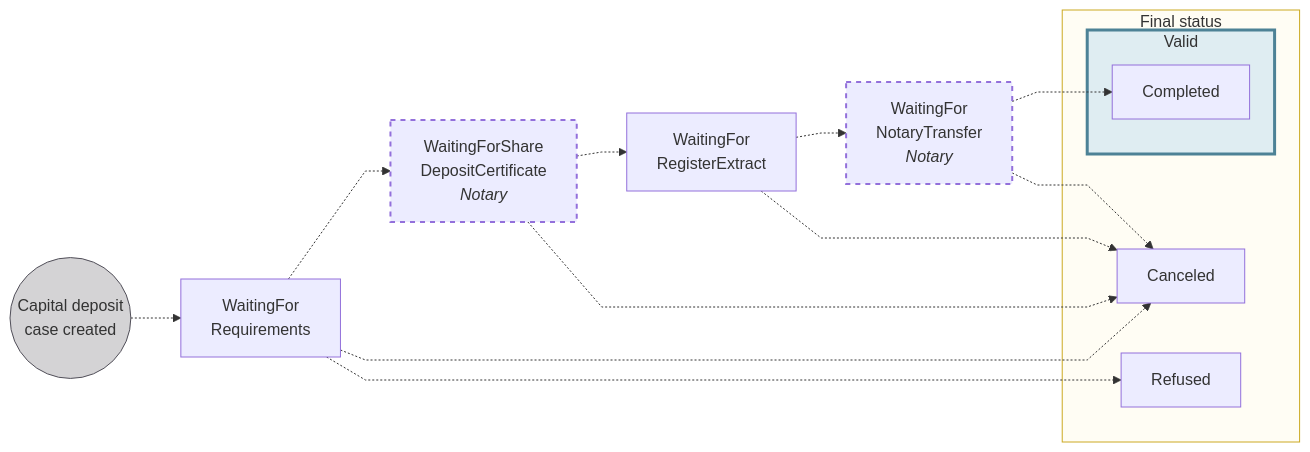
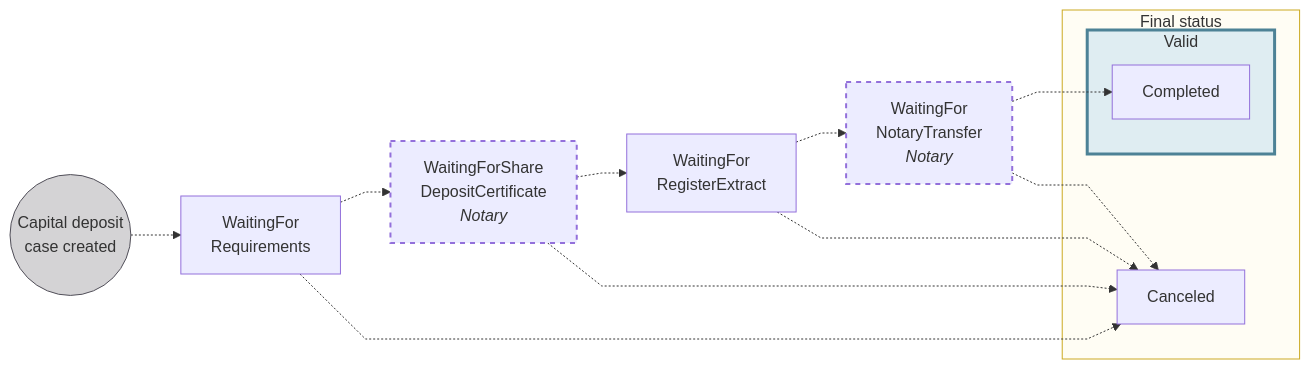
The first of 4 diagrams in docs/topics/capital-deposits/index.mdx (swan-io/docs), drawn with Mermaid before and after one commit. The commit also changed other lines of this file and 1 other file, not shown here.

Commit message:
Changelog 18 April 2024

````diff
--- a/docs/topics/capital-deposits/index.mdx
+++ b/docs/topics/capital-deposits/index.mdx
@@ -38,27 +38,25 @@
 ```mermaid
 %%{ init: { 'flowchart': { 'curve': 'linear' } } }%%
 flowchart LR
     DC((Capital deposit<br/>case created)) -.-> WR[WaitingFor<br/>Requirements]
     WR -.-> WS[WaitingForShare<br/>DepositCertificate<br/><em>Notary</em>]
     WS -.-> WRE[WaitingFor<br/>RegisterExtract]
     WRE -.-> WNT[WaitingFor<br/>NotaryTransfer<br/><em>Notary</em>]
     WNT -.-> CA[Canceled]
     WRE -.-> CA
     WS -.-> CA
     WR -.-> CA
-    WR -.-> R[Refused]
     WNT -.-> CO[Completed]
     subgraph V[Valid]
         CO
     end
     subgraph F[Final status]
-        R
         CA
         V
     end
     style DC fill:#D4D3D5,stroke:#514F59
     style F fill:#fffdf4,stroke:#cca922
     style WS stroke-width:2px, stroke-dasharray: 5 5
     style WNT stroke-width:2px, stroke-dasharray: 5 5
     style V fill:#dfedf2,stroke:#4d8296,stroke-width:3px
 ```
````
